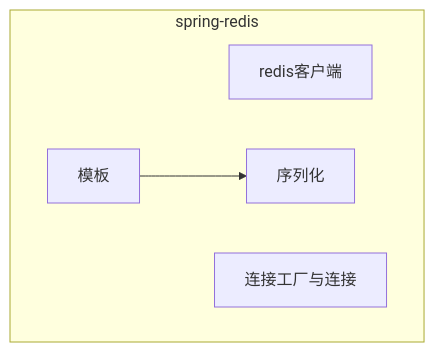
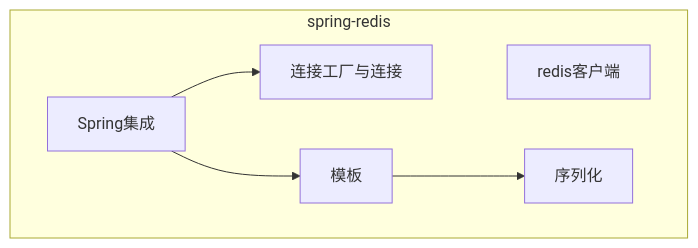
Before and after one commit to learncc/notes: the diagram in framework/spring/spring-redis.md, drawn with Mermaid. The commit also changed other lines of this file and 3 other files, not shown here.

````diff
--- a/framework/spring/spring-redis.md
+++ b/framework/spring/spring-redis.md
@@ -7,12 +7,15 @@
 ```mermaid
 flowchart TB
   subgraph spring-redis
     A[redis客户端]
-    B[连接工厂与连接]
-    C[模板]
+    B[Spring集成]
+    C[连接工厂与连接]
+    D[模板]
     
-    D[序列化]
+    E[序列化]
   end
 
-C-->D
+B-->C
+B-->D
+D-->E
 ```
````
